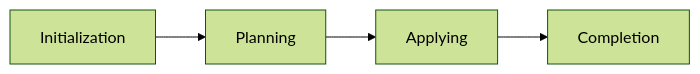
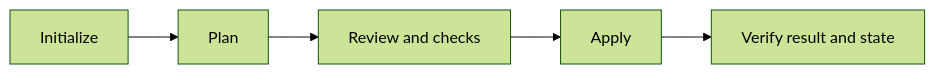
One commit to vhco-pro/stackweaver-frontend changed the diagram in docs/user-guides/understanding-opentofu-runs.md. Above: the diagram before and after it, drawn with Mermaid (forest theme). The commit also changed other lines of this file and 168 other files, not shown here.

````diff
--- a/docs/user-guides/understanding-opentofu-runs.md
+++ b/docs/user-guides/understanding-opentofu-runs.md
@@ -99,6 +80,7 @@
 ```mermaid
 flowchart LR
-    A["Initialization"] --> B["Planning"]
-    B --> C["Applying"]
-    C --> D["Completion"]
+    A["Initialize"] --> B["Plan"]
+    B --> C["Review and checks"]
+    C --> D["Apply"]
+    D --> E["Verify result and state"]
 ```
````
